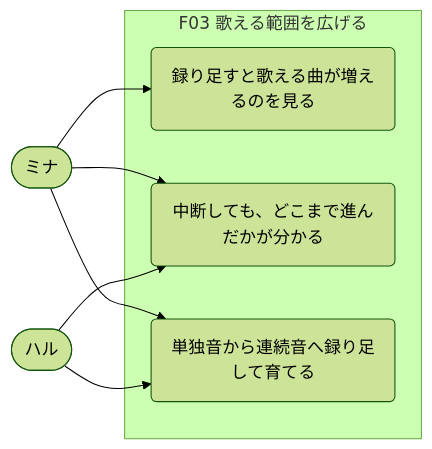
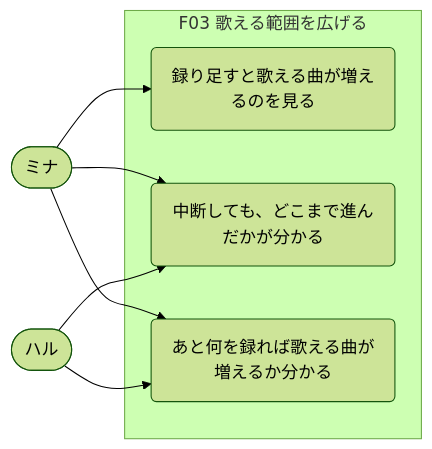
Before and after one commit to dino3616/koeru: the fourth of 6 diagrams in docs/usecase-map.md, drawn with Mermaid (forest theme). The commit also changed other lines of this file and 4 other files, not shown here.

````diff
--- a/docs/usecase-map.md
+++ b/docs/usecase-map.md
@@ -188,15 +188,15 @@
 ```mermaid
 flowchart LR
   mina(["ミナ"])
   haru(["ハル"])
   subgraph F03["F03 歌える範囲を広げる"]
     uc1("録り足すと歌える曲が増えるのを見る")
     uc2("中断しても、どこまで進んだかが分かる")
-    uc3("単独音から連続音へ録り足して育てる")
+    uc3("あと何を録れば歌える曲が増えるか分かる")
   end
   mina --> uc1
   mina --> uc2
   mina --> uc3
   haru --> uc2
   haru --> uc3
 ```
````
